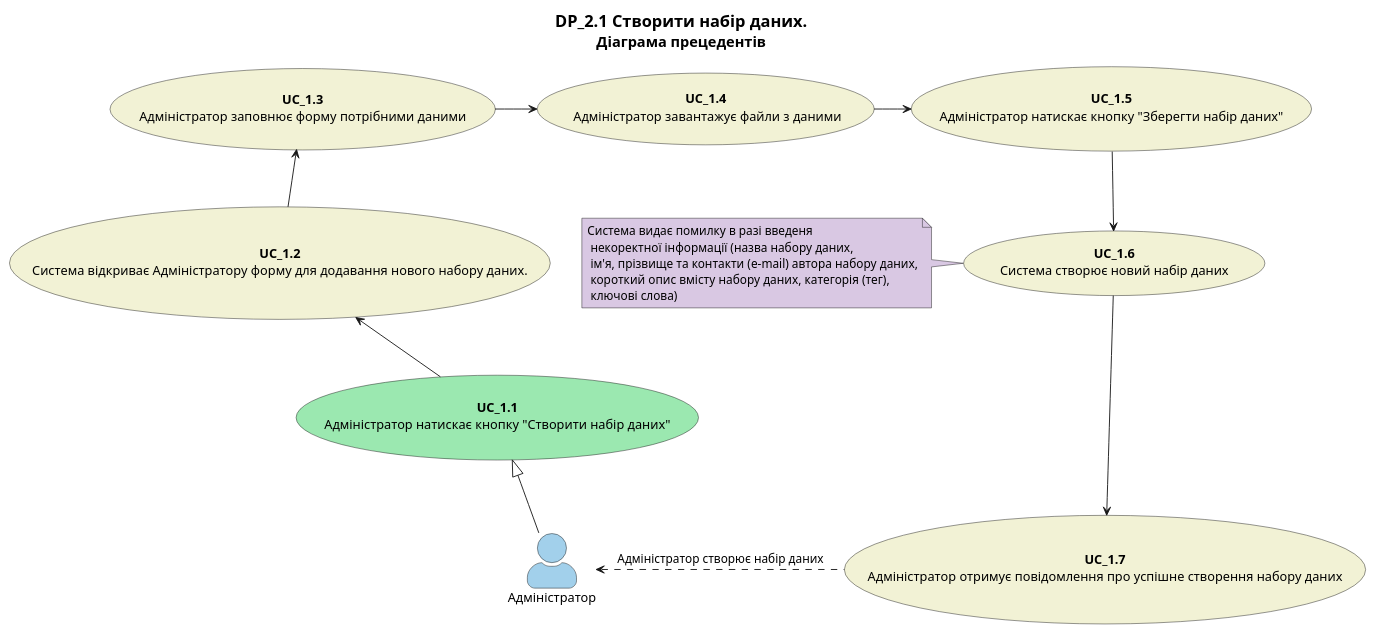
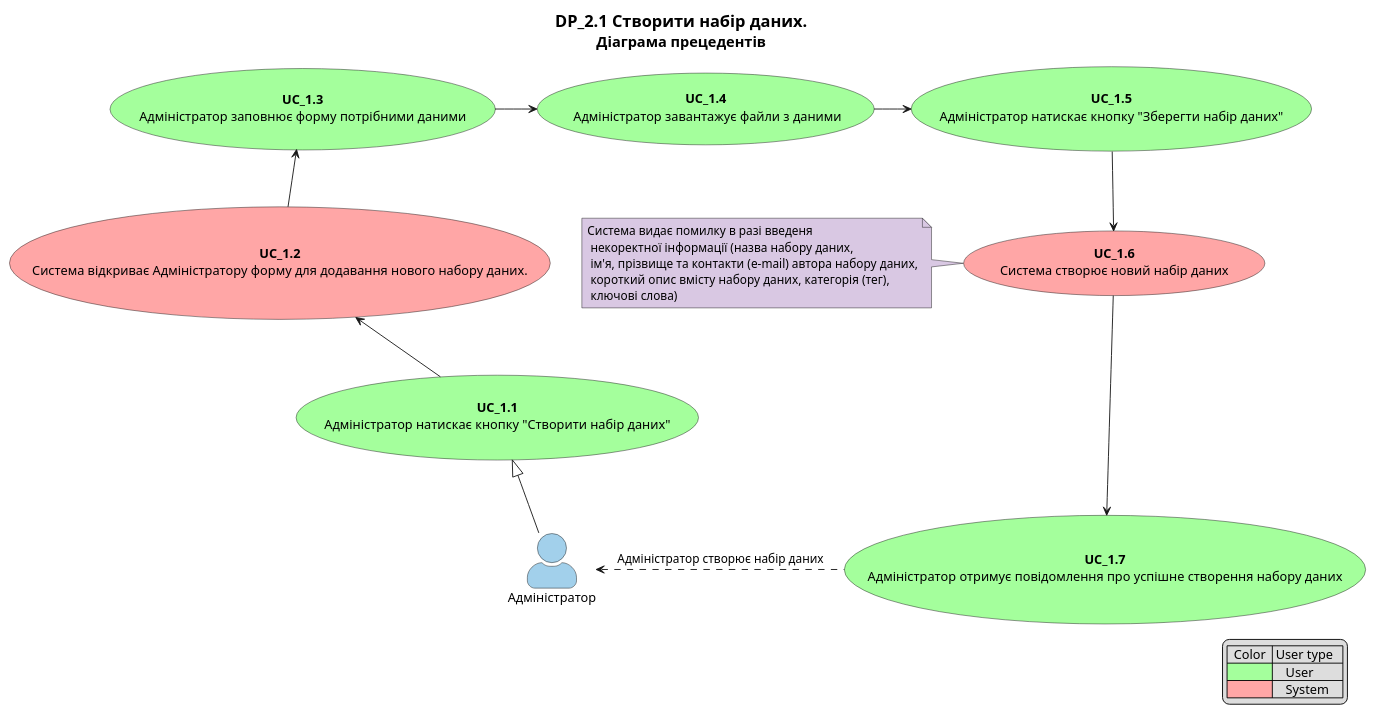
Before and after one commit to YanPetrov7/DB_REST_API: diagram 11 of 16 in docs/use cases/README.md, drawn with PlantUML. The commit also changed other lines of this file, not shown here.

Commit message:
docs: use cases colors & legend

```diff
--- a/docs/use cases/README.md
+++ b/docs/use cases/README.md
@@ -506,32 +536,38 @@
 @startuml
     
     title
         <font size=18 color=black>DP_2.1 Створити набір даних.
         <font size=16 color=black>Діаграма прецедентів
     end title
 
+    legend right
+    |  Color  | User type   |
+    |<#a4ff9c>|    User     |
+    |<#ffa6a6>|    System   |
+    endlegend
+
     skinparam actorStyle awesome
 
     actor "Адміністратор" as Admin #a2d0eb
 
-    usecase "<b>UC_1.1</b>\nАдміністратор натискає кнопку "Створити набір даних"" as S1 #9be8b0
-    usecase "<b>UC_1.2</b>\nСистема відкриває Адміністратору форму для додавання нового набору даних." as S2 #f2f2d5
-    usecase "<b>UC_1.3</b>\nАдміністратор заповнює форму потрібними даними" as S3 #f2f2d5
-    usecase "<b>UC_1.4</b>\n Адміністратор завантажує файли з даними" as S4 #f2f2d5
-    usecase "<b>UC_1.5</b>\nАдміністратор натискає кнопку "Зберегти набір даних"" as S5 #f2f2d5
-    usecase "<b>UC_1.6</b>\nСистема створює новий набір даних" as S6 #f2f2d5
-    usecase "<b>UC_1.7</b>\nАдміністратор отримує повідомлення про успішне створення набору даних" as S7 #f2f2d5
+    usecase "<b>UC_1.1</b>\nАдміністратор натискає кнопку "Створити набір даних"" as S1 #a4ff9c
+    usecase "<b>UC_1.2</b>\nСистема відкриває Адміністратору форму для додавання нового набору даних." as S2 #ffa6a6
+    usecase "<b>UC_1.3</b>\nАдміністратор заповнює форму потрібними даними" as S3 #a4ff9c
+    usecase "<b>UC_1.4</b>\n Адміністратор завантажує файли з даними" as S4 #a4ff9c
+    usecase "<b>UC_1.5</b>\nАдміністратор натискає кнопку "Зберегти набір даних"" as S5 #a4ff9c
+    usecase "<b>UC_1.6</b>\nСистема створює новий набір даних" as S6 #ffa6a6
+    usecase "<b>UC_1.7</b>\nАдміністратор отримує повідомлення про успішне створення набору даних" as S7 #a4ff9c
 
     note "Система видає помилку в разі введеня\n некоректної інформації (назва набору даних,\n ім'я, прізвище та контакти (e-mail) автора набору даних,\n короткий опис вмісту набору даних, категорія (тег),\n ключові слова)" as EX1 #d9c8e3
 
     Admin -up-|> S1
     S1 -up-> S2
     S2 -up-> S3
     S3 -right-> S4
     S4 -right-> S5
     S5 -down-> S6
     S6 -left-> EX1
     S6 -down-> S7
     S7 -left.> Admin: Адміністратор створює набір даних
 
 @enduml
```
